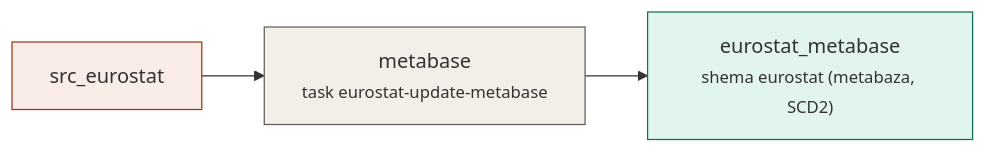
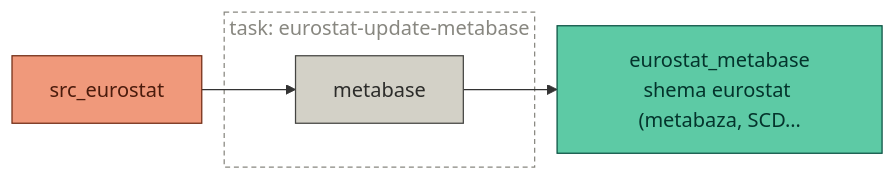
Before and after one commit to majazaloznik/umar-automation-scripts: the diagram in docs/pipelines/task-eurostat-update-metabase.md, drawn with Mermaid. The commit also changed 31 other files, not shown here.

Commit message:
Update mermaid plots in pipelines

````diff
--- a/docs/pipelines/task-eurostat-update-metabase.md
+++ b/docs/pipelines/task-eurostat-update-metabase.md
@@ -21,12 +21,15 @@
 ```mermaid
 flowchart LR
-  src_eurostat["src_eurostat<br/><small></small>"]:::source
-  eurostat_metabase["eurostat_metabase<br/><small>shema eurostat (metabaza, SCD2)</small>"]:::store
-  metabase["metabase<br/><small>task eurostat-update-metabase</small>"]:::step
+  src_eurostat["src_eurostat"]:::source
+  eurostat_metabase["eurostat_metabase<br/>shema eurostat (metabaza, SCD…"]:::store
+  subgraph task_eurostat_update_metabase["task: eurostat-update-metabase"]
+    metabase["metabase"]:::step
+  end
+  style task_eurostat_update_metabase fill:none,stroke:#888780,stroke-dasharray:4 3,color:#888780
   src_eurostat --> metabase
   metabase --> eurostat_metabase
-  classDef source fill:#FAECE7,stroke:#993C1D
-  classDef step fill:#F1EFE8,stroke:#5F5E5A
-  classDef store fill:#E1F5EE,stroke:#0F6E56
-  classDef output fill:#EEEDFE,stroke:#534AB7
+  classDef source fill:#F0997B,stroke:#712B13,color:#4A1B0C,stroke-width:1px
+  classDef step fill:#D3D1C7,stroke:#444441,color:#2C2C2A,stroke-width:1px
+  classDef store fill:#5DCAA5,stroke:#085041,color:#04342C,stroke-width:1px
+  classDef output fill:#AFA9EC,stroke:#3C3489,color:#26215C,stroke-width:1px
 ```
````
